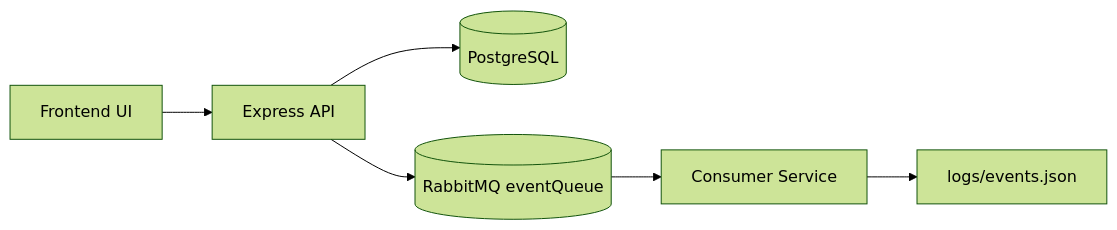
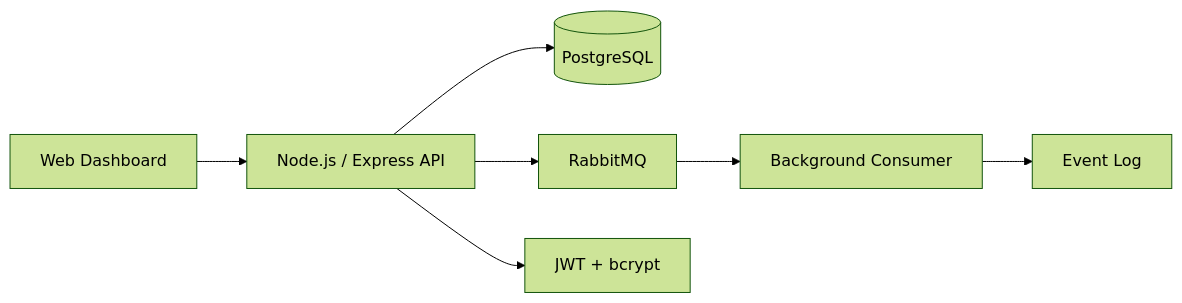
Before and after one commit to bakardon/cloudlab-platform: the diagram in README.md, drawn with Mermaid (forest theme). The commit also changed other lines of this file, not shown here.

````diff
--- a/README.md
+++ b/README.md
@@ -18,8 +20,9 @@
 ```mermaid
 flowchart LR
-  U[Frontend UI] --> A[Express API]
-  A --> P[(PostgreSQL)]
-  A --> R[(RabbitMQ eventQueue)]
-  R --> C[Consumer Service]
-  C --> L[logs/events.json]
+  UI[Web Dashboard] --> API[Node.js / Express API]
+  API --> DB[(PostgreSQL)]
+  API --> MQ[RabbitMQ]
+  MQ --> C[Background Consumer]
+  C --> LOG[Event Log]
+  API --> AUTH[JWT + bcrypt]
 ```
````
